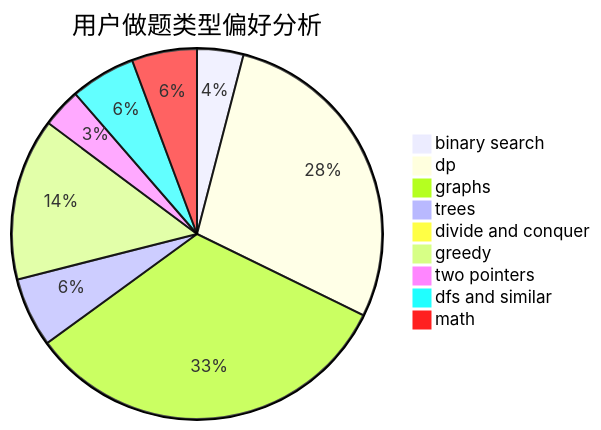
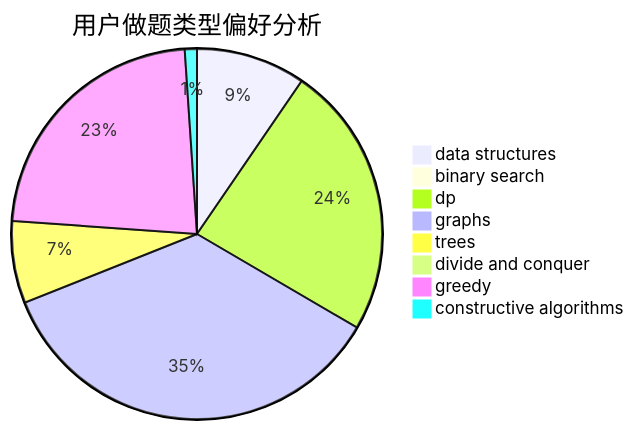
One commit to sherpahu/cfrs.github.io changed the second of 3 diagrams in docs/user/u219.md. Above: the diagram before and after it, drawn with Mermaid. The commit also changed other lines of this file and 2775 other files, not shown here.

````diff
--- a/docs/user/u219.md
+++ b/docs/user/u219.md
@@ -23,12 +23,11 @@
 ```mermaid
 pie title 用户做题类型偏好分析
-    "binary search" :  32
-    "dp" :  223
-    "graphs" :  259
-    "trees" :  48
+    "data structures" :  36
+    "binary search" :  3
+    "dp" :  90
+    "graphs" :  134
+    "trees" :  27
     "divide and conquer" :  0
-    "greedy" :  112
-    "two pointers" :  27
-    "dfs and similar" :  45
-    "math" :  45
+    "greedy" :  86
+    "constructive algorithms" :  4
 ```
````
